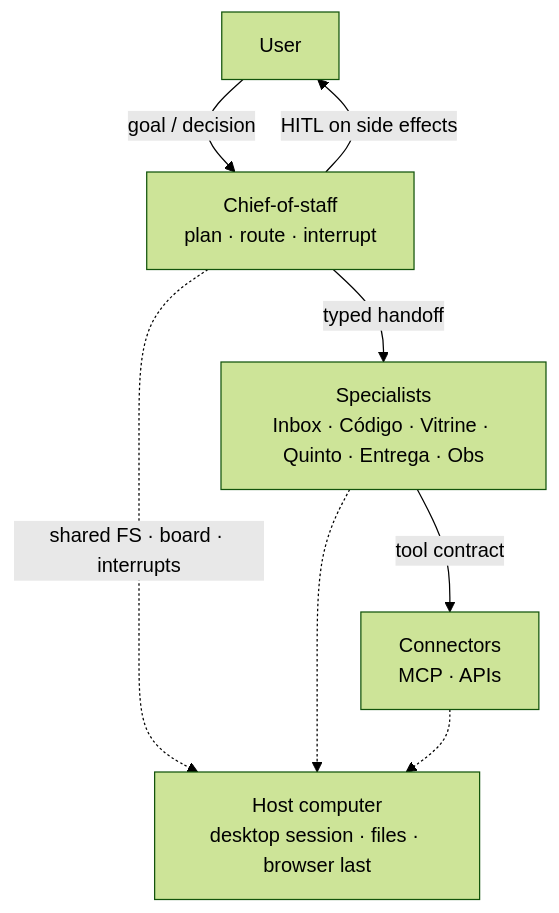
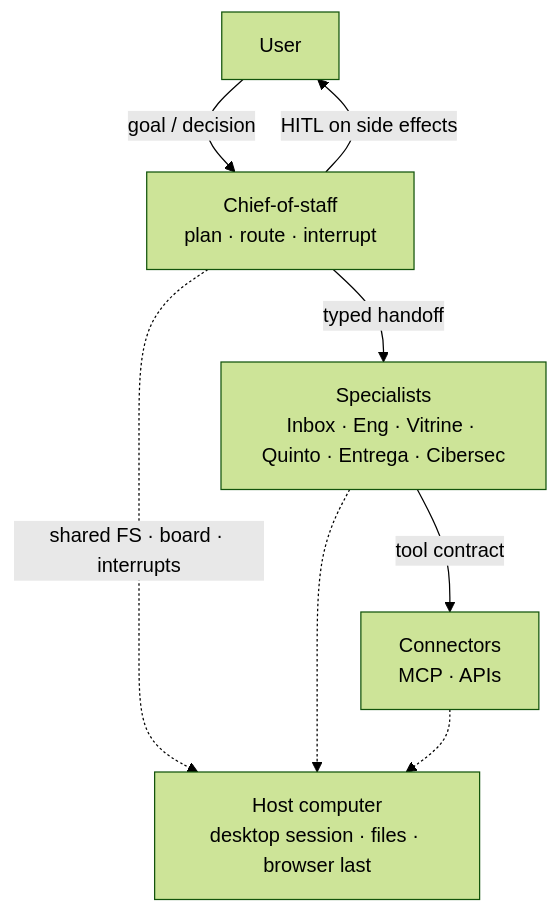
The diagram in README.md (tiagovilasboas/grok-bot-architecture), drawn with Mermaid (forest theme) before and after one commit. The commit also changed other lines of this file and 1 other file, not shown here.

Commit message:
docs: align README and architecture crew labels

````diff
--- a/README.md
+++ b/README.md
@@ -69,16 +69,16 @@
 ```mermaid
 flowchart TB
   User["User"]
   CoS["Chief-of-staff<br/>plan · route · interrupt"]
-  Specs["Specialists<br/>Inbox · Código · Vitrine · Quinto · Entrega · Obs"]
+  Specs["Specialists<br/>Inbox · Eng · Vitrine · Quinto · Entrega · Cibersec"]
   Conn["Connectors<br/>MCP · APIs"]
   Host["Host computer<br/>desktop session · files · browser last"]
 
   User -->|"goal / decision"| CoS
   CoS -->|"typed handoff"| Specs
   Specs -->|"tool contract"| Conn
   CoS -.->|"shared FS · board · interrupts"| Host
   Specs -.-> Host
   Conn -.-> Host
   CoS -->|"HITL on side effects"| User
 ```
````
